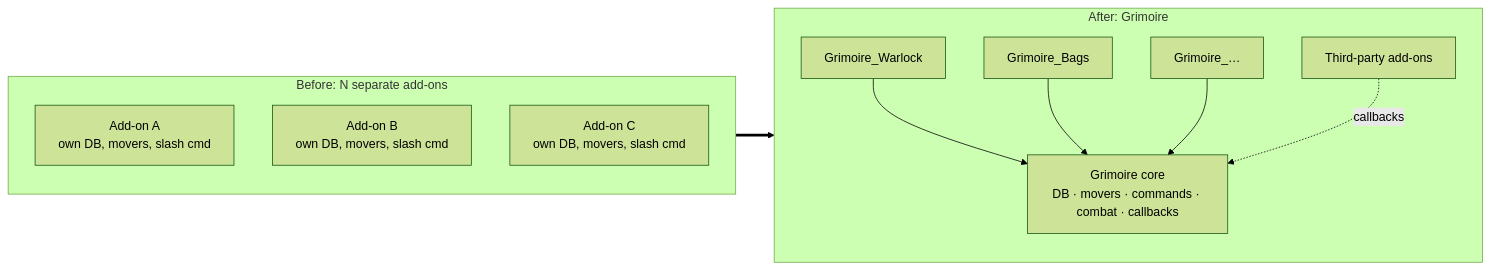
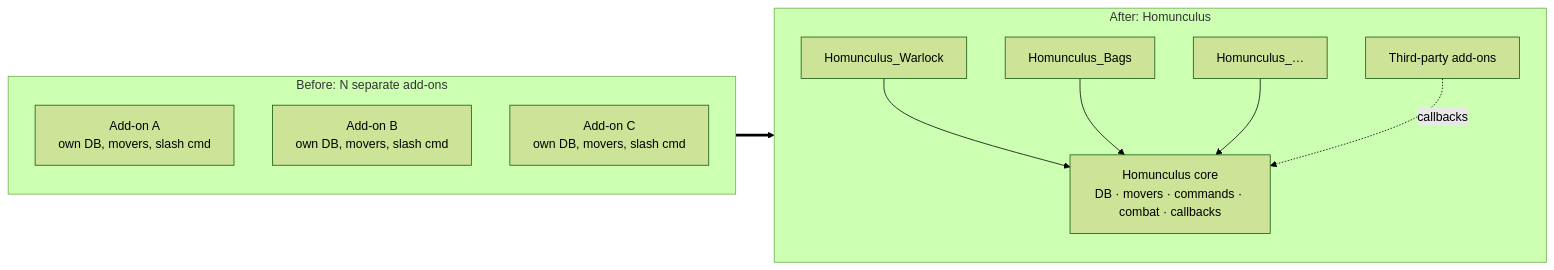
One commit to PhillypHenning/grimoire changed the first of 4 diagrams in docs/features/core/README.md. Above: the diagram before and after it, drawn with Mermaid (forest theme). The commit also changed other lines of this file and 178 other files, not shown here.

First line of the commit message:
Rename the suite from Grimoire to Homunculus (ADR 0010)

````diff
--- a/docs/features/core/README.md
+++ b/docs/features/core/README.md
@@ -15,16 +15,16 @@
 ```mermaid
 flowchart LR
     subgraph Before["Before: N separate add-ons"]
         A1[Add-on A<br/>own DB, movers, slash cmd]
         A2[Add-on B<br/>own DB, movers, slash cmd]
         A3[Add-on C<br/>own DB, movers, slash cmd]
     end
-    subgraph After["After: Grimoire"]
-        Core[Grimoire core<br/>DB · movers · commands · combat · callbacks]
-        F1[Grimoire_Warlock] --> Core
-        F2[Grimoire_Bags] --> Core
-        F3[Grimoire_…] --> Core
+    subgraph After["After: Homunculus"]
+        Core[Homunculus core<br/>DB · movers · commands · combat · callbacks]
+        F1[Homunculus_Warlock] --> Core
+        F2[Homunculus_Bags] --> Core
+        F3[Homunculus_…] --> Core
         Ext[Third-party add-ons] -. callbacks .-> Core
     end
     Before ==> After
 ```
````
